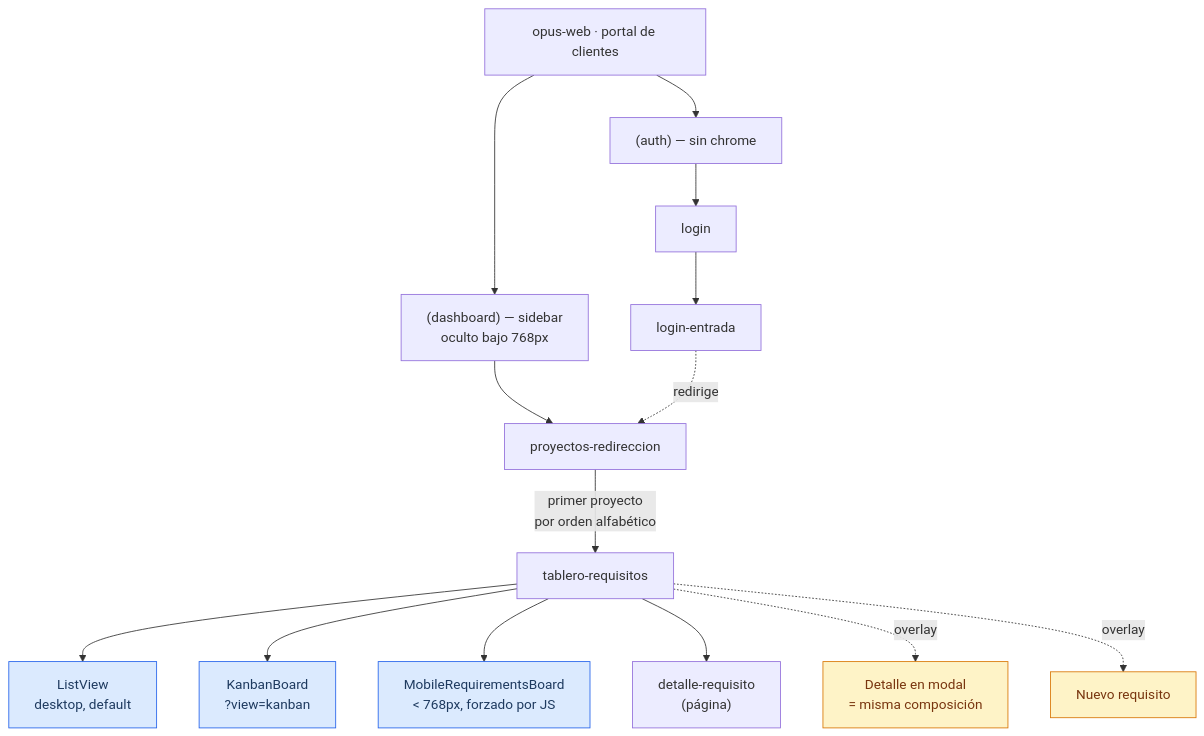
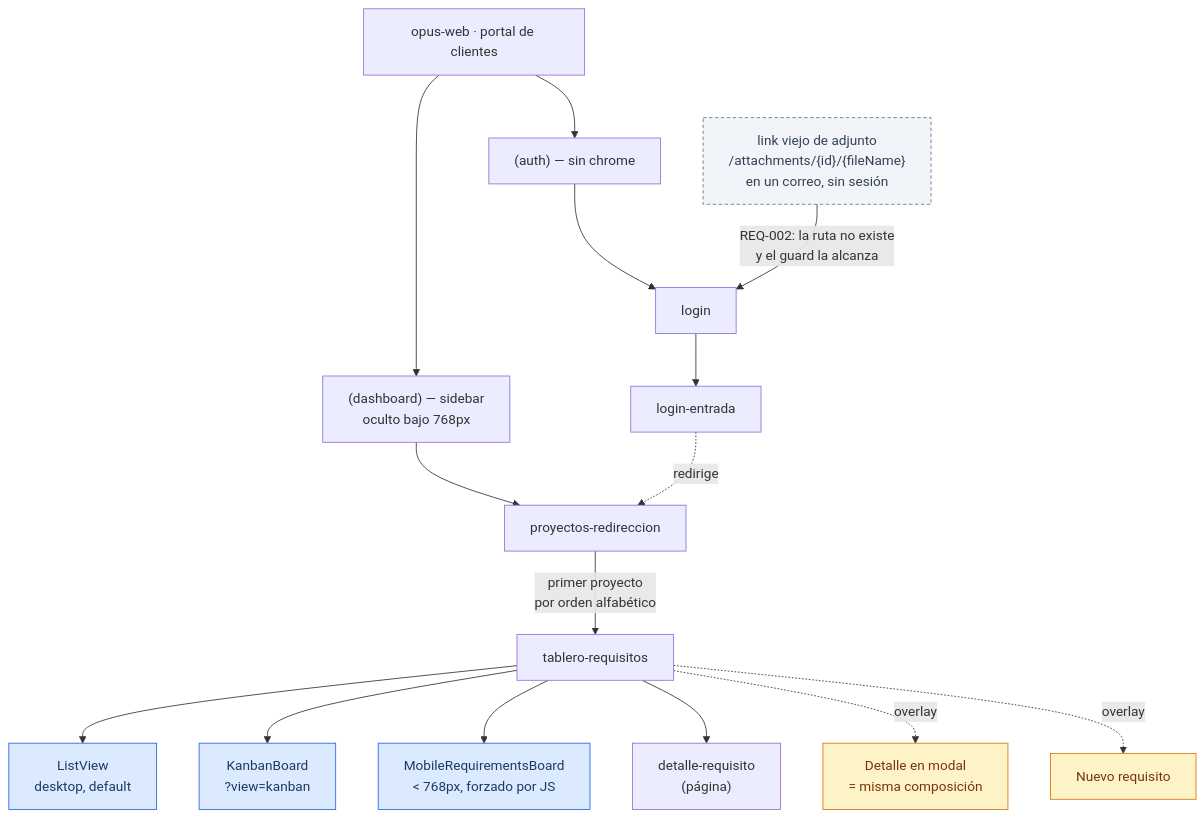
The diagram in docs/ux/surfaces/opus-web/product-map.md (gravadigital/jiku), drawn with Mermaid before and after one commit. The commit also changed other lines of this file and 27 other files, not shown here.

````diff
--- a/docs/ux/surfaces/opus-web/product-map.md
+++ b/docs/ux/surfaces/opus-web/product-map.md
@@ -134,28 +154,33 @@
 ```mermaid
 flowchart TD
     Root["opus-web · portal de clientes"]
 
     Root --> Auth["(auth) — sin chrome"]
     Root --> Dash["(dashboard) — sidebar<br/>oculto bajo 768px"]
 
     Auth --> L1["login"]
     L1 --> L2["login-entrada"]
+
+    LINK["link viejo de adjunto<br/>/attachments/{id}/{fileName}<br/>en un correo, sin sesión"]
+    LINK -->|"REQ-002: la ruta no existe<br/>y el guard la alcanza"| L1
 
     Dash --> RD["proyectos-redireccion"]
     RD -->|"primer proyecto<br/>por orden alfabético"| TB["tablero-requisitos"]
 
     TB --> V1["ListView<br/>desktop, default"]
     TB --> V2["KanbanBoard<br/>?view=kanban"]
     TB --> V3["MobileRequirementsBoard<br/>&lt; 768px, forzado por JS"]
 
     TB --> DET["detalle-requisito<br/>(página)"]
     TB -.overlay.-> MOD["Detalle en modal<br/>= misma composición"]
     TB -.overlay.-> NEW["Nuevo requisito"]
 
     L2 -.redirige.-> RD
 
     classDef vista fill:#dbeafe,stroke:#2563eb,color:#1e3a5f
     classDef overlay fill:#fef3c7,stroke:#d97706,color:#78350f
+    classDef externo fill:#f1f5f9,stroke:#64748b,color:#334155,stroke-dasharray: 4 3
     class V1,V2,V3 vista
     class MOD,NEW overlay
+    class LINK externo
 ```
````
